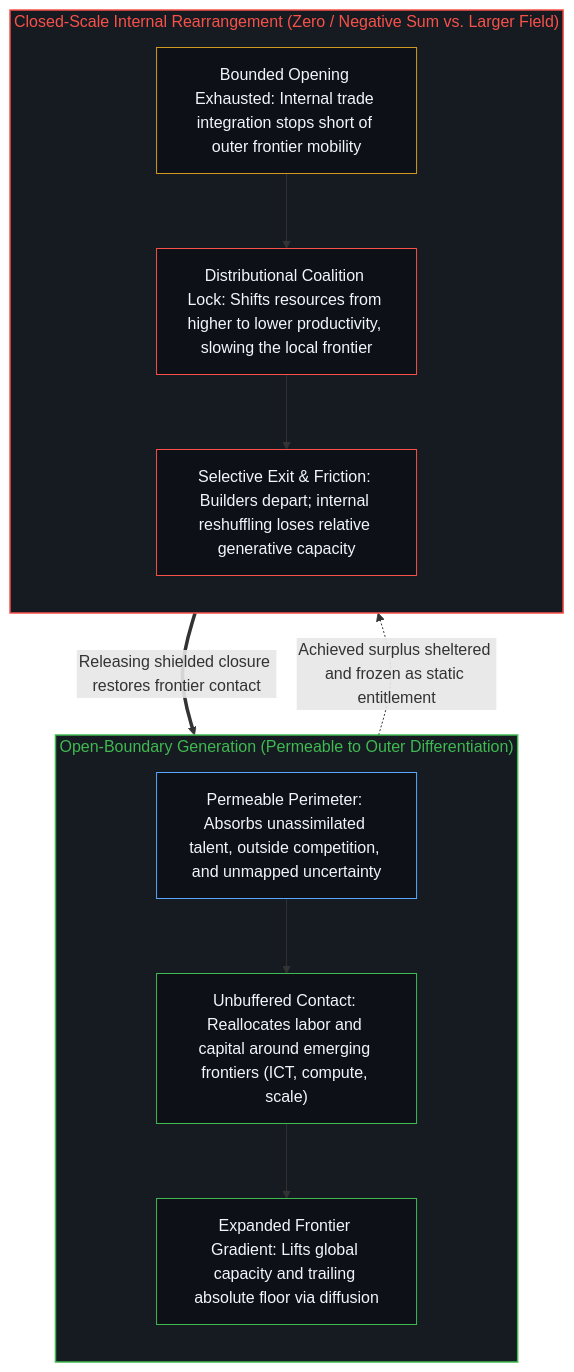
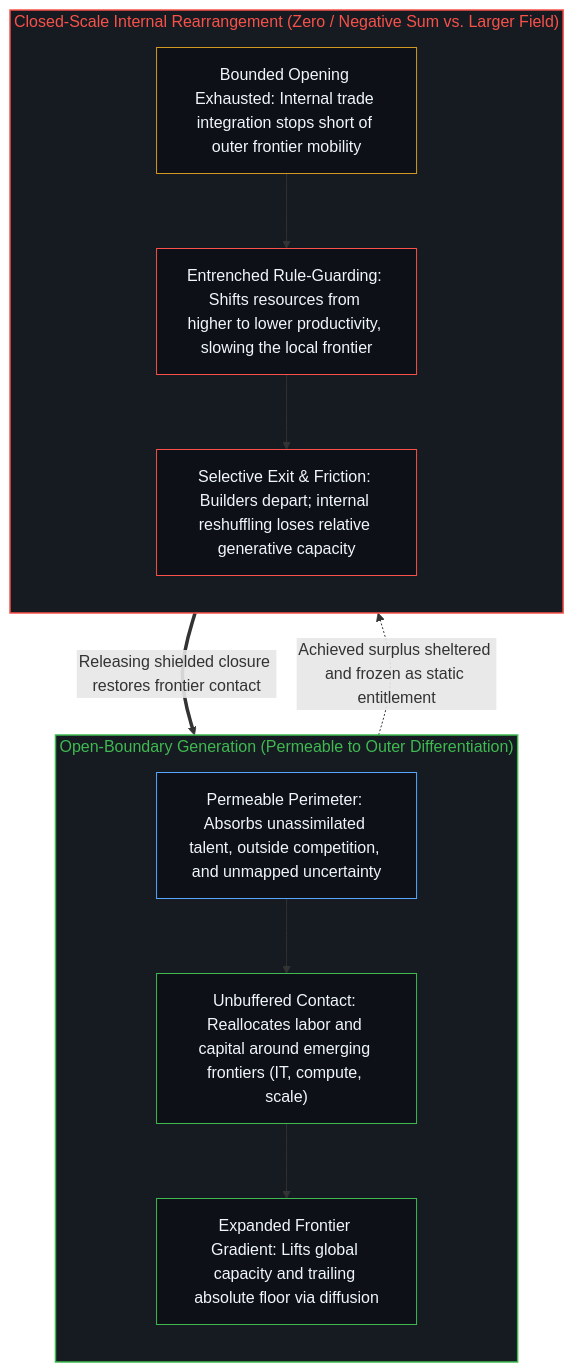
The fourth of 4 diagrams in content/posts/generation-beyond-the-boundary-and-internal-rearrangement.md (powerpig99/not-a-toe), drawn with Mermaid before and after one commit. The commit also changed other lines of this file and 24 other files, not shown here.

````diff
--- a/content/posts/generation-beyond-the-boundary-and-internal-rearrangement.md
+++ b/content/posts/generation-beyond-the-boundary-and-internal-rearrangement.md
@@ -155,27 +155,27 @@
 ```mermaid
 flowchart TD
     subgraph S_Ext["Open-Boundary Generation (Permeable to Outer Differentiation)"]
         direction TB
         G1["Permeable Perimeter: Absorbs unassimilated talent, outside competition, and unmapped uncertainty"]
-        G2["Unbuffered Contact: Reallocates labor and capital around emerging frontiers (ICT, compute, scale)"]
+        G2["Unbuffered Contact: Reallocates labor and capital around emerging frontiers (IT, compute, scale)"]
         G3["Expanded Frontier Gradient: Lifts global capacity and trailing absolute floor via diffusion"]
         G1 --> G2 --> G3
     end
     subgraph S_Int["Closed-Scale Internal Rearrangement (Zero / Negative Sum vs. Larger Field)"]
         direction TB
         R1["Bounded Opening Exhausted: Internal trade integration stops short of outer frontier mobility"]
-        R2["Distributional Coalition Lock: Shifts resources from higher to lower productivity, slowing the local frontier"]
+        R2["Entrenched Rule-Guarding: Shifts resources from higher to lower productivity, slowing the local frontier"]
         R3["Selective Exit & Friction: Builders depart; internal reshuffling loses relative generative capacity"]
         R1 --> R2 --> R3
     end
     G3 -.->|"Achieved surplus sheltered and frozen as static entitlement"| R1
     R3 ==>|"Releasing shielded closure restores frontier contact"| G1
     style S_Ext fill:#161b22,stroke:#3fb950,stroke-width:1.5px,color:#3fb950
     style S_Int fill:#161b22,stroke:#f85149,stroke-width:1.5px,color:#f85149
     style G1 fill:#0d1117,stroke:#58a6ff,stroke-width:1px,color:#f0f6fc
     style G2 fill:#0d1117,stroke:#3fb950,stroke-width:1px,color:#f0f6fc
     style G3 fill:#0d1117,stroke:#3fb950,stroke-width:1px,color:#f0f6fc
     style R1 fill:#0d1117,stroke:#d29922,stroke-width:1px,color:#f0f6fc
     style R2 fill:#0d1117,stroke:#f85149,stroke-width:1px,color:#f0f6fc
     style R3 fill:#0d1117,stroke:#f85149,stroke-width:1px,color:#f0f6fc
 ```
````
